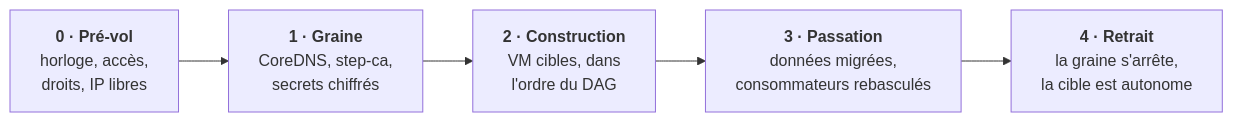
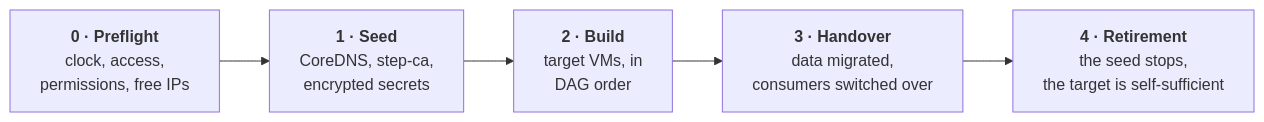
The second of 2 diagrams in README.md (WhiteRoseLK/genesis), drawn with Mermaid before and after one commit. The commit also changed other lines of this file and 224 other files, not shown here.

````diff
--- a/README.md
+++ b/README.md
@@ -62,7 +62,7 @@
 ```mermaid
 flowchart LR
-  A["<b>0 · Pré-vol</b><br/>horloge, accès,<br/>droits, IP libres"] --> B["<b>1 · Graine</b><br/>CoreDNS, step-ca,<br/>secrets chiffrés"]
-  B --> C["<b>2 · Construction</b><br/>VM cibles, dans<br/>l'ordre du DAG"]
-  C --> D["<b>3 · Passation</b><br/>données migrées,<br/>consommateurs rebasculés"]
-  D --> E["<b>4 · Retrait</b><br/>la graine s'arrête,<br/>la cible est autonome"]
+  A["<b>0 · Preflight</b><br/>clock, access,<br/>permissions, free IPs"] --> B["<b>1 · Seed</b><br/>CoreDNS, step-ca,<br/>encrypted secrets"]
+  B --> C["<b>2 · Build</b><br/>target VMs, in<br/>DAG order"]
+  C --> D["<b>3 · Handover</b><br/>data migrated,<br/>consumers switched over"]
+  D --> E["<b>4 · Retirement</b><br/>the seed stops,<br/>the target is self-sufficient"]
 ```
````
